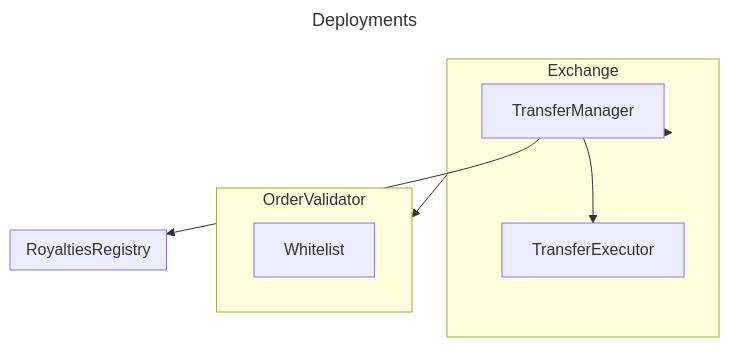
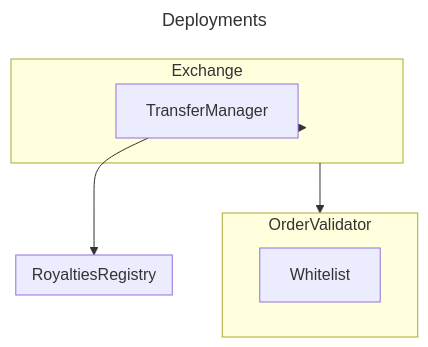
The diagram in packages/marketplace/README.md (thesandboxgame/sandbox-smart-contracts), drawn with Mermaid before and after one commit. The commit also changed other lines of this file and 4 other files, not shown here.

````diff
--- a/packages/marketplace/README.md
+++ b/packages/marketplace/README.md
@@ -36,20 +36,18 @@
 ```mermaid
 ---
 title: Deployments
 ---
 flowchart
 
 subgraph Exchange
    TransferManager
-   TransferExecutor
 end
 subgraph OrderValidator
    Whitelist
 end
 subgraph RoyaltiesRegistry
-end   
+end
 Exchange-->OrderValidator
 Exchange-->TransferManager
-TransferManager-->TransferExecutor
 TransferManager-->RoyaltiesRegistry
 ```
````
